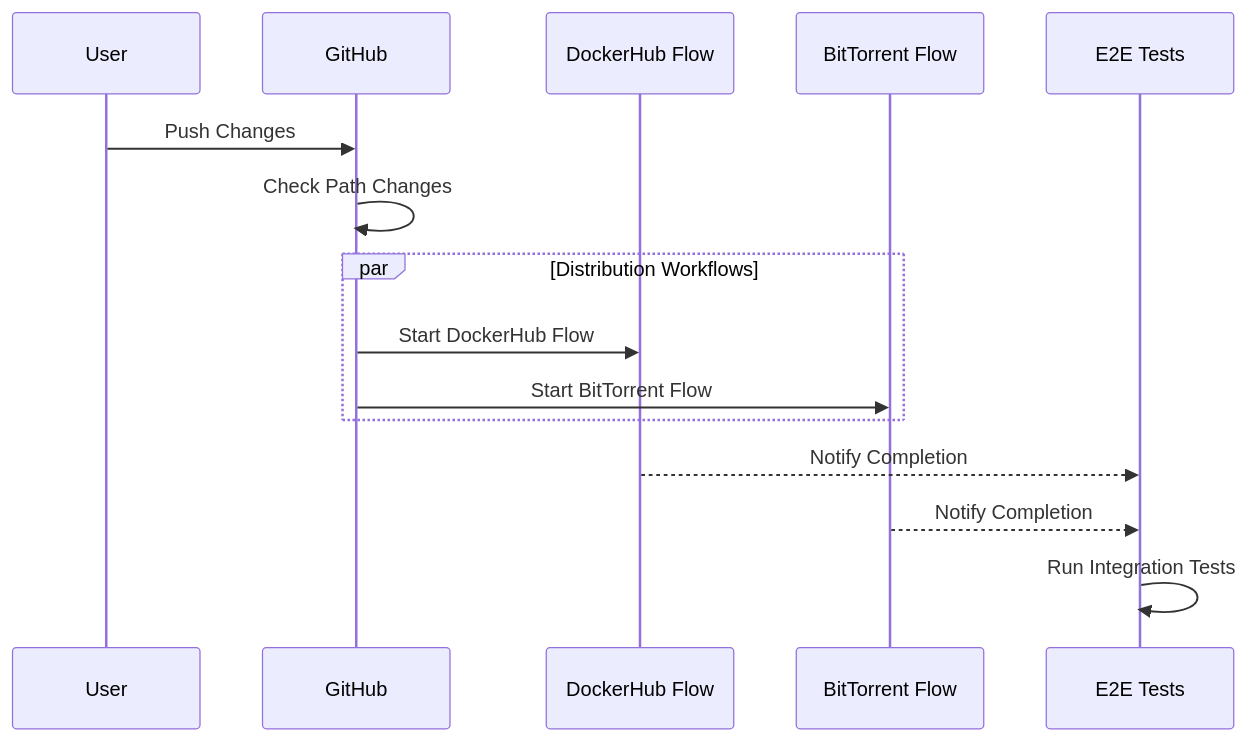
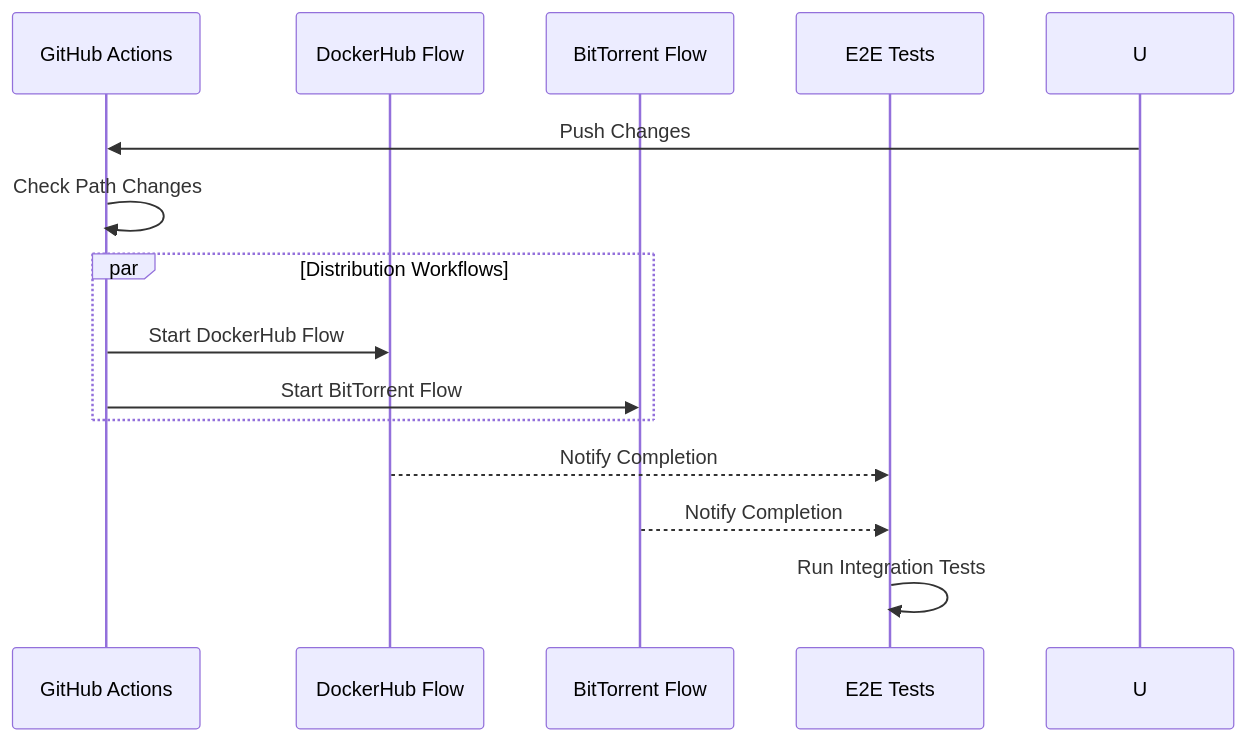
One commit to BA-CalderonMorales/dev-environment changed the diagram in docs/WORKFLOWS.md. Above: the diagram before and after it, drawn with Mermaid. The commit also changed other lines of this file and 3 other files, not shown here.

````diff
--- a/docs/WORKFLOWS.md
+++ b/docs/WORKFLOWS.md
@@ -81,18 +18,17 @@
 ```mermaid
 sequenceDiagram
-    participant U as User
-    participant G as GitHub
+    participant G as GitHub Actions
     participant D as DockerHub Flow
     participant B as BitTorrent Flow
     participant E as E2E Tests
 
     U->>G: Push Changes
     G->>G: Check Path Changes
     par Distribution Workflows
         G->>D: Start DockerHub Flow
         G->>B: Start BitTorrent Flow
     end
     D-->>E: Notify Completion
     B-->>E: Notify Completion
     E->>E: Run Integration Tests
 ```
````
